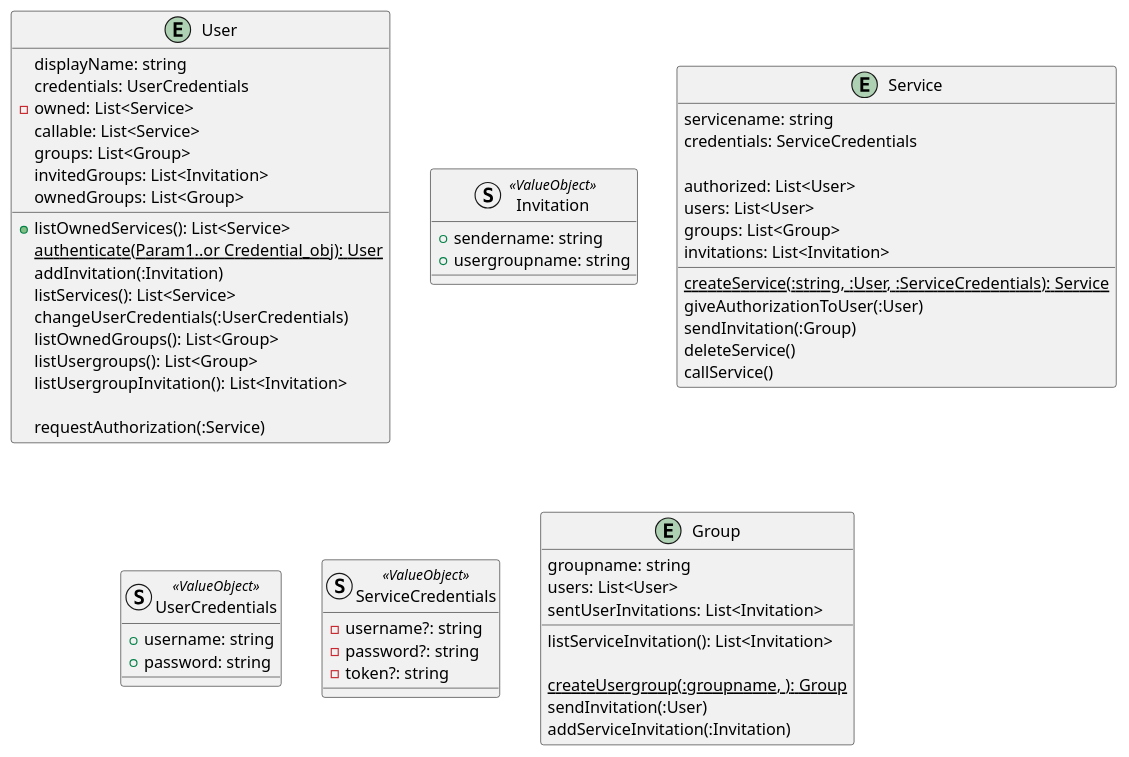
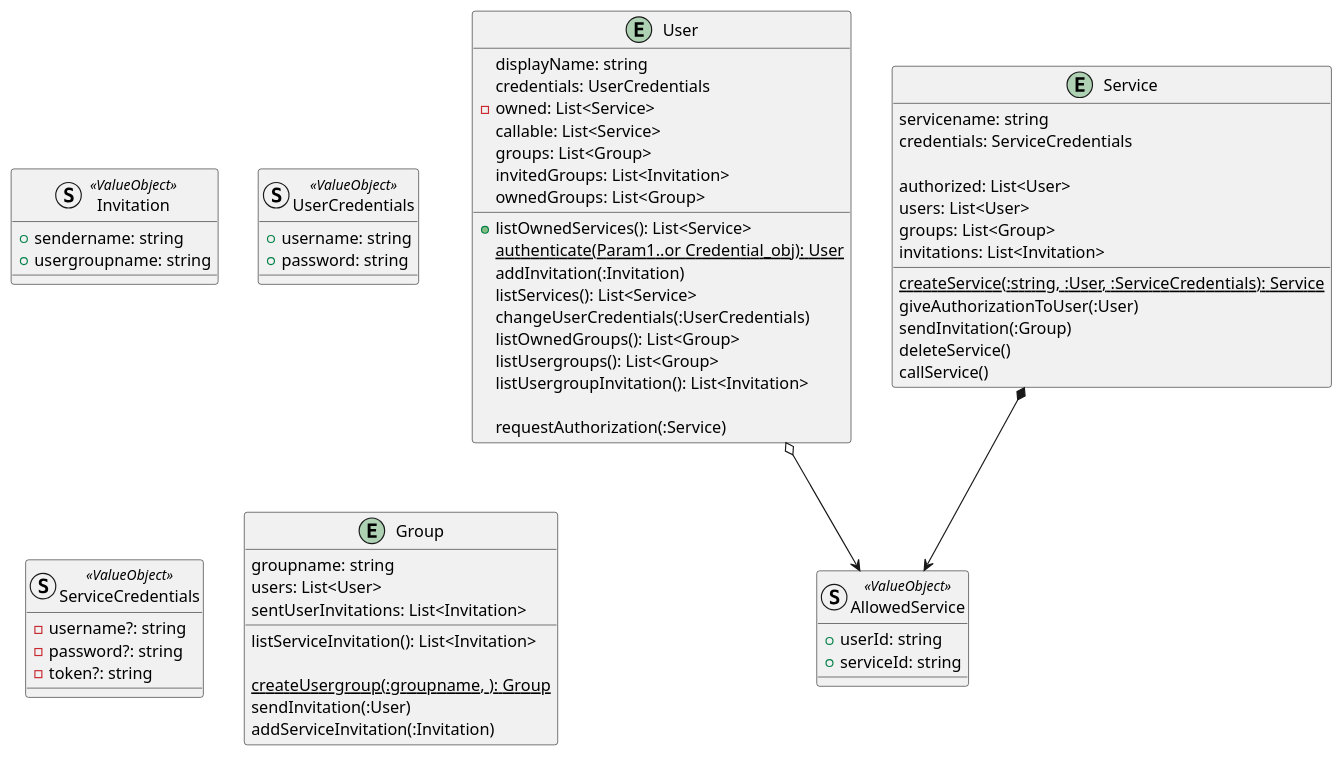
Before and after one commit to sesogr/auth-share: the third of 3 diagrams in doc/architecture.puml, drawn with PlantUML. The commit also changed other lines of this file and 2 other files, not shown here.

Commit message:
Add some more documentation and diagrams

```diff
--- a/doc/architecture.puml
+++ b/doc/architecture.puml
@@ -1,79 +63,84 @@
 @startuml
-
 entity User{
 
     displayName: string
     credentials: UserCredentials
     -owned: List<Service>
     callable: List<Service>
     groups: List<Group>
     invitedGroups: List<Invitation>
     ownedGroups: List<Group>
     
     +listOwnedServices(): List<Service>
     {static}authenticate(Param1..or Credential_obj): User
     addInvitation(:Invitation)
     listServices(): List<Service>
     changeUserCredentials(:UserCredentials)
     
     listOwnedGroups(): List<Group>
     listUsergroups(): List<Group>
     listUsergroupInvitation(): List<Invitation>
 
     requestAuthorization(:Service)
 }
 
 struct Invitation <<ValueObject>>{
 
     +sendername: string
     +usergroupname: string
 
 }
 
+struct AllowedService <<ValueObject>>{
+    +userId: string
+    +serviceId: string
+}
+
 entity Service{
 
     servicename: string
     credentials: ServiceCredentials
     
     {static}createService(:string, :User, :ServiceCredentials): Service
     authorized: List<User>
     users: List<User>
     groups: List<Group>
     invitations: List<Invitation>
 
     giveAuthorizationToUser(:User)
     sendInvitation(:Group)
     
     deleteService()
     callService()
 
     
 }
-
+Service *--> AllowedService
+User o--> AllowedService
 struct UserCredentials <<ValueObject>>{
 
     +username: string
     +password: string
     
 }
 
 struct ServiceCredentials <<ValueObject>>{
     
     -username?: string
     -password?: string
     -token?: string
 
 }
 
 entity Group{
     groupname: string
     users: List<User>
     sentUserInvitations: List<Invitation>
     listServiceInvitation(): List<Invitation>
 
     {static}createUsergroup(:groupname, ): Group
     sendInvitation(:User)
     addServiceInvitation(:Invitation)
 }
 
 @enduml
```
